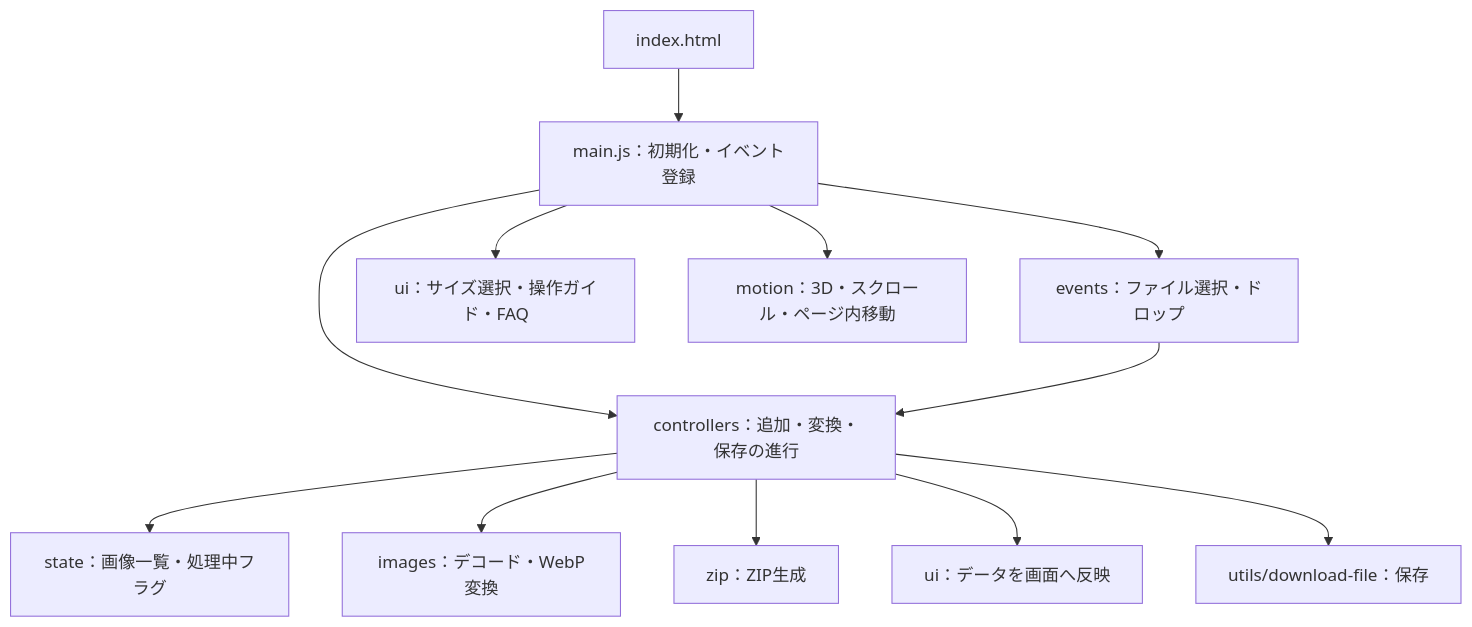
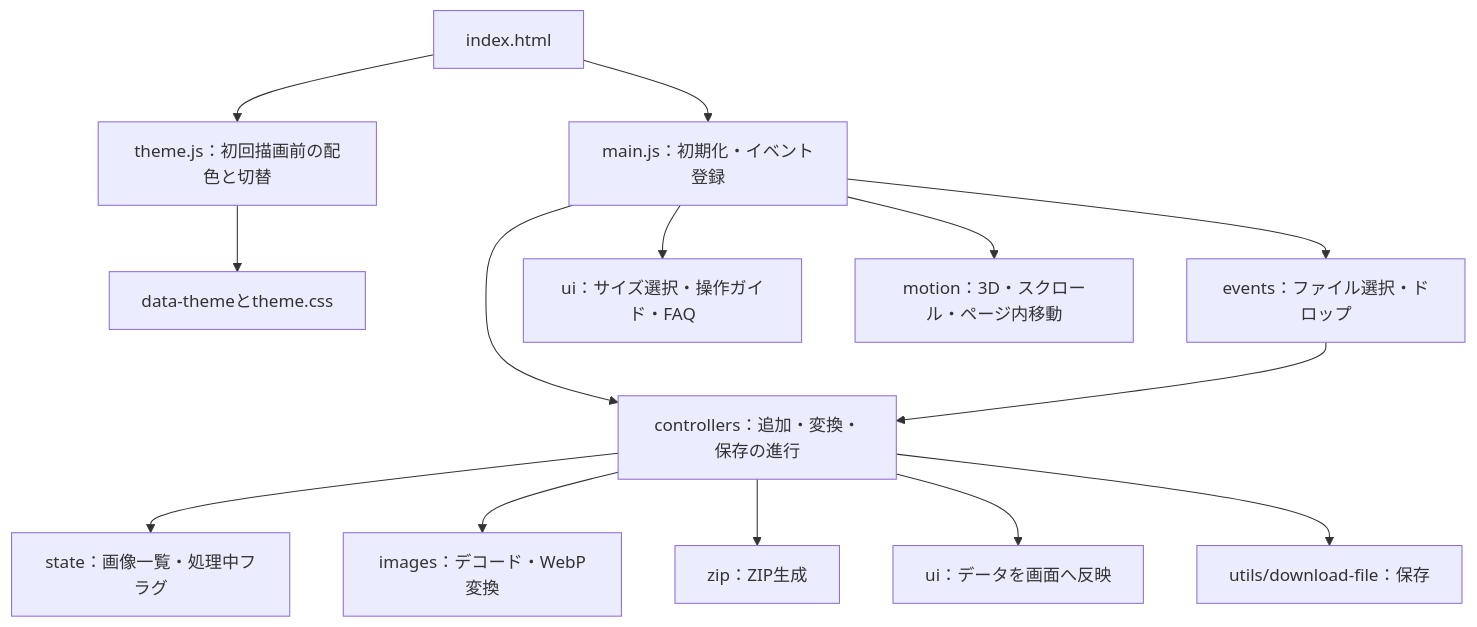
Before and after one commit to Syo-M/WebPImageConverter: the first of 2 diagrams in README.md, drawn with Mermaid. The commit also changed other lines of this file and 8 other files, not shown here.

````diff
--- a/README.md
+++ b/README.md
@@ -129,14 +146,16 @@
 ```mermaid
 flowchart TD
   HTML["index.html"] --> Main["main.js：初期化・イベント登録"]
+  HTML --> Theme["theme.js：初回描画前の配色と切替"]
+  Theme --> ThemeCSS["data-themeとtheme.css"]
   Main --> Events["events：ファイル選択・ドロップ"]
   Main --> Interactions["ui：サイズ選択・操作ガイド・FAQ"]
   Main --> Motion["motion：3D・スクロール・ページ内移動"]
   Main --> Controllers["controllers：追加・変換・保存の進行"]
   Events --> Controllers
   Controllers --> State["state：画像一覧・処理中フラグ"]
   Controllers --> Images["images：デコード・WebP変換"]
   Controllers --> Zip["zip：ZIP生成"]
   Controllers --> UI["ui：データを画面へ反映"]
   Controllers --> Download["utils/download-file：保存"]
 ```
````
